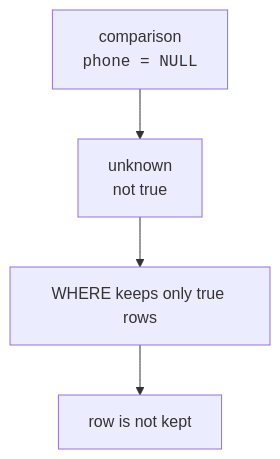
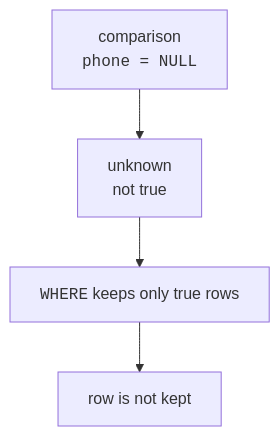
Before and after one commit to dataslope/dataslope: the second of 4 diagrams in content/courses/sqlite-for-beginners/working-with-null.mdx, drawn with Mermaid. The commit also changed other lines of this file and 283 other files, not shown here.

First line of the commit message:
Diagrams as elements, not characters: fix the box model, sweep the corpus, and make syntax breakdowns a convention (#652)

````diff
--- a/content/courses/sqlite-for-beginners/working-with-null.mdx
+++ b/content/courses/sqlite-for-beginners/working-with-null.mdx
@@ -243,6 +251,6 @@
 ```mermaid
 flowchart TD
     A["comparison<br/><code>phone = NULL</code>"] --> U["unknown<br/>not true"]
-    U --> W["WHERE keeps only true rows"]
+    U --> W["<code>WHERE</code> keeps only true rows"]
     W --> D["row is not kept"]
 ```
````
